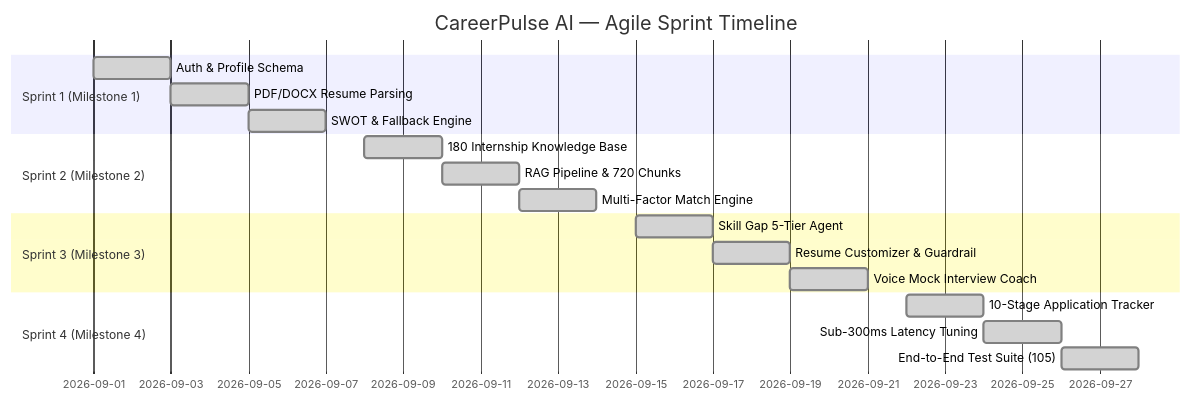
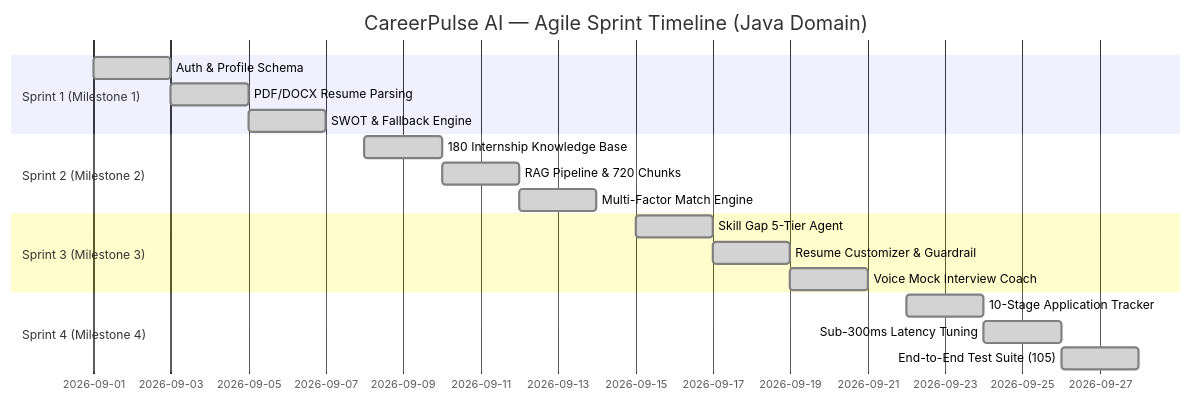
The first of 4 diagrams in FINAL_PROJECT_REPORT.md (Lokeswarpj/CareerPulse), drawn with Mermaid before and after one commit. The commit also changed other lines of this file and 1 other file, not shown here.

Commit message:
docs: specify Java Development Track as internship domain in final and technical reports

````diff
--- a/FINAL_PROJECT_REPORT.md
+++ b/FINAL_PROJECT_REPORT.md
@@ -155,21 +155,21 @@
 ```mermaid
 gantt
-    title CareerPulse AI — Agile Sprint Timeline
+    title CareerPulse AI — Agile Sprint Timeline (Java Domain)
     dateFormat  YYYY-MM-DD
     section Sprint 1 (Milestone 1)
     Auth & Profile Schema        :done, s1_1, 2026-09-01, 2d
     PDF/DOCX Resume Parsing      :done, s1_2, 2026-09-03, 2d
     SWOT & Fallback Engine       :done, s1_3, 2026-09-05, 2d
     section Sprint 2 (Milestone 2)
     180 Internship Knowledge Base:done, s2_1, 2026-09-08, 2d
     RAG Pipeline & 720 Chunks    :done, s2_2, 2026-09-10, 2d
     Multi-Factor Match Engine    :done, s2_3, 2026-09-12, 2d
     section Sprint 3 (Milestone 3)
     Skill Gap 5-Tier Agent       :done, s3_1, 2026-09-15, 2d
     Resume Customizer & Guardrail:done, s3_2, 2026-09-17, 2d
     Voice Mock Interview Coach   :done, s3_3, 2026-09-19, 2d
     section Sprint 4 (Milestone 4)
     10-Stage Application Tracker :done, s4_1, 2026-09-22, 2d
     Sub-300ms Latency Tuning     :done, s4_2, 2026-09-24, 2d
     End-to-End Test Suite (105)  :done, s4_3, 2026-09-26, 2d
 ```
````
